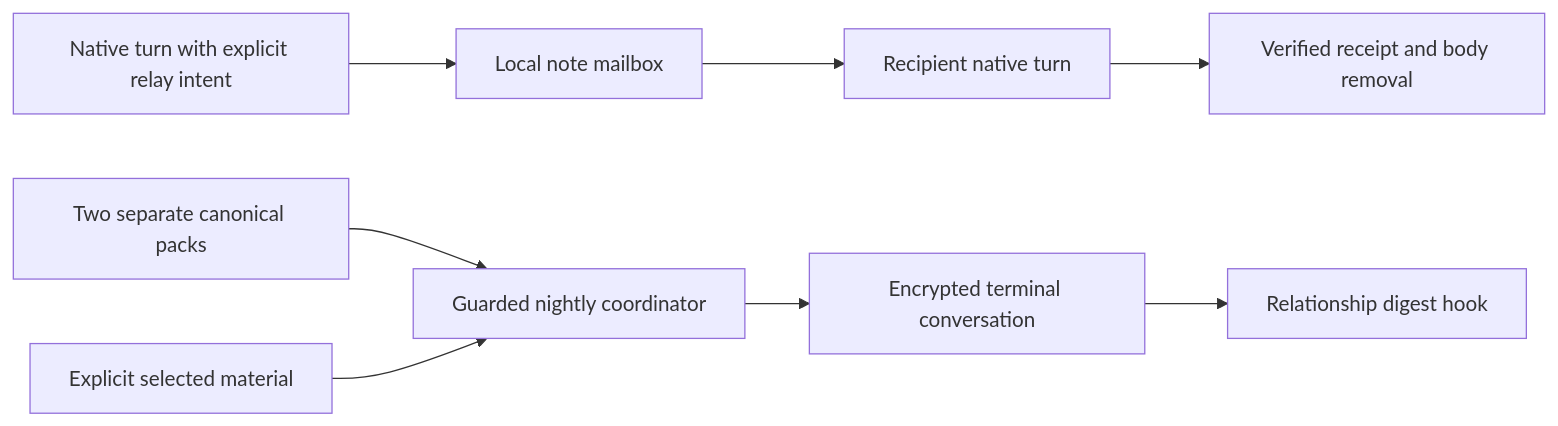
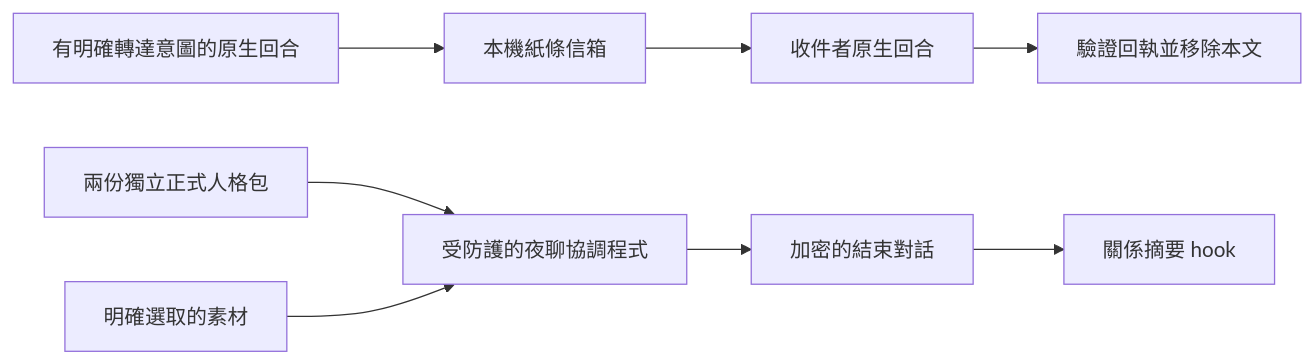
The second of 2 diagrams in docs/architecture.md (KerberosClaw/kc_agent_a2a), drawn with Mermaid before and after one commit. The commit also changed other lines of this file and 15 other files, not shown here.

````diff
--- a/docs/architecture.md
+++ b/docs/architecture.md
@@ -32,10 +34,10 @@
 ```mermaid
 flowchart LR
-    N[Native turn with explicit relay intent] --> Mail[Local note mailbox]
-    Mail --> Receiver[Recipient native turn]
-    Receiver --> Receipt[Verified receipt and body removal]
-    Packs[Two separate canonical packs] --> Night[Guarded nightly coordinator]
-    Materials[Explicit selected material] --> Night
-    Night --> Archive[Encrypted terminal conversation]
-    Archive --> Digest[Relationship digest hook]
+    N[有明確轉達意圖的原生回合] --> Mail[本機紙條信箱]
+    Mail --> Receiver[收件者原生回合]
+    Receiver --> Receipt[驗證回執並移除本文]
+    Packs[兩份獨立正式人格包] --> Night[受防護的夜聊協調程式]
+    Materials[明確選取的素材] --> Night
+    Night --> Archive[加密的結束對話]
+    Archive --> Digest[關係摘要 hook]
 ```
````
